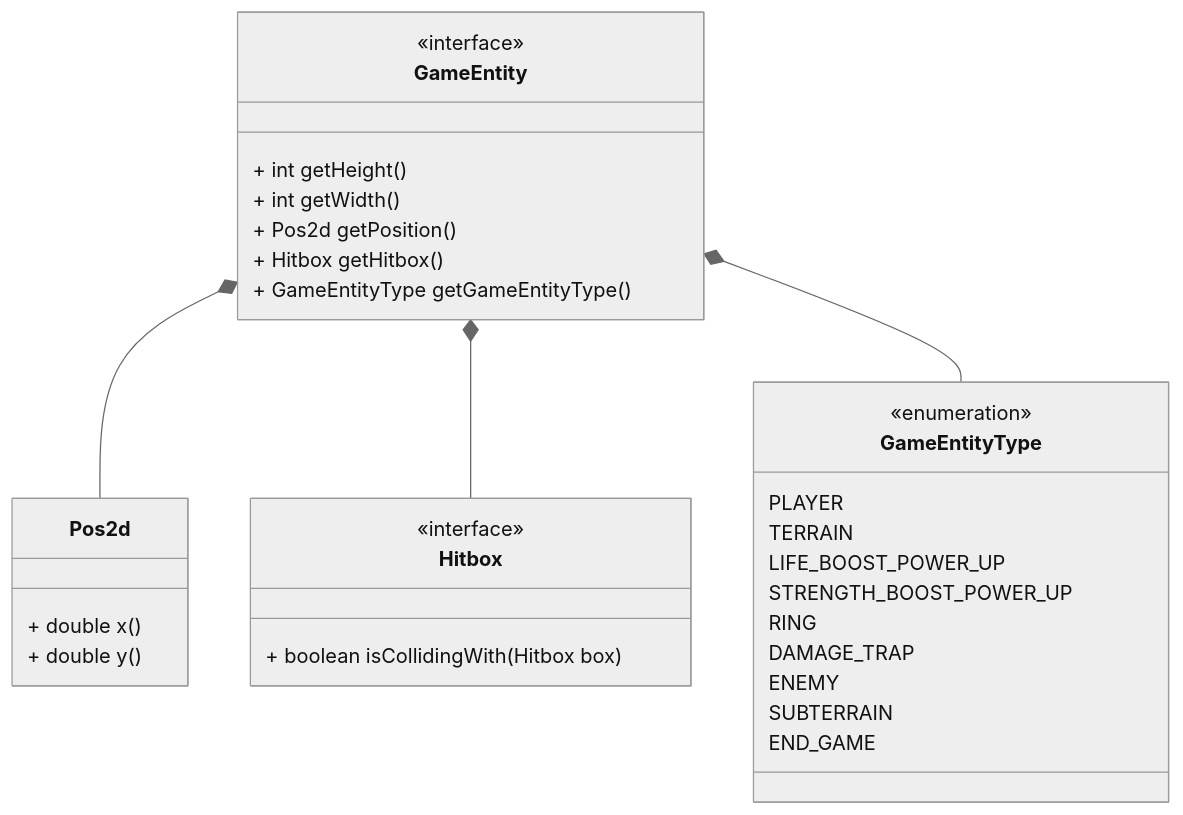
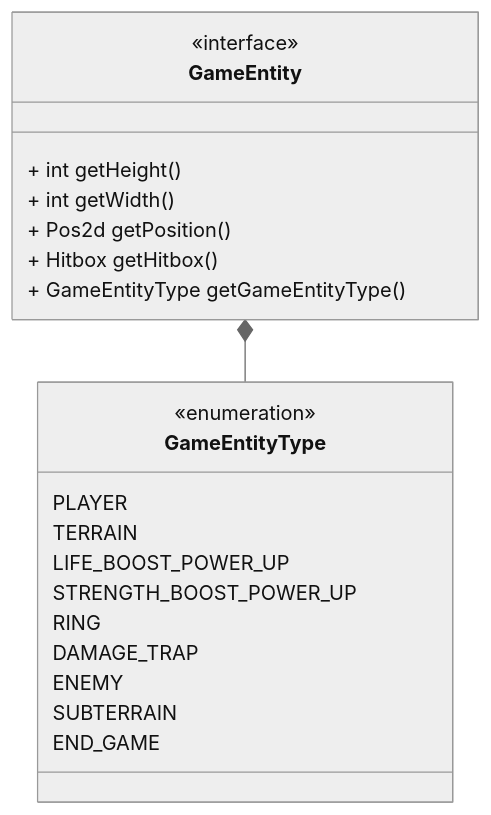
Before and after one commit to unibo-oop-projects/OOP23-FilippoMassariFilippoMassari6studio-MatteoBagnolini-FilippoMassari-SaadElMaliki-Matteo-SUPSON: the fifth of 8 diagrams in report.md, drawn with Mermaid (neutral theme). The commit also changed other lines of this file, not shown here.

Commit message:
change to report

````diff
--- a/report.md
+++ b/report.md
@@ -232,39 +232,27 @@
 ```mermaid
 classDiagram
     class GameEntity {
         <<interface>>
         + int getHeight()
         + int getWidth()
         + Pos2d getPosition()
         + Hitbox getHitbox()
         + GameEntityType getGameEntityType()
     }
 
     class GameEntityType {
         <<enumeration>>
         PLAYER
         TERRAIN
         LIFE_BOOST_POWER_UP
         STRENGTH_BOOST_POWER_UP
         RING
         DAMAGE_TRAP
         ENEMY
         SUBTERRAIN
         END_GAME
     }
 
-    class Pos2d {
-        + double x()
-        + double y()
-    }
-
-    class Hitbox {
-        <<interface>>
-        + boolean isCollidingWith(Hitbox box)
-    }
-
-    GameEntity *-- Pos2d
-    GameEntity *-- Hitbox
     GameEntity *-- GameEntityType
 
 ```
````
